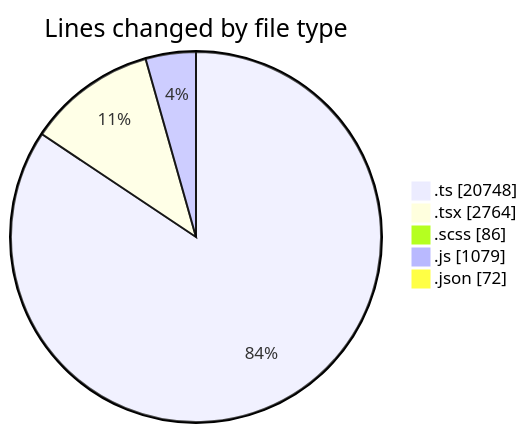
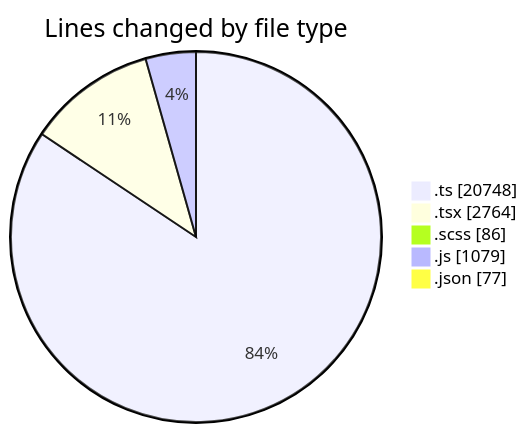
One commit to momahboobian/code-tracking changed the first of 2 diagrams in 2026-10-21/cda/README.md. Above: the diagram before and after it, drawn with Mermaid. The commit also changed other lines of this file and 1 other file, not shown here.

````diff
--- a/2026-10-21/cda/README.md
+++ b/2026-10-21/cda/README.md
@@ -36,9 +36,9 @@
 ```mermaid
 pie showData
 title Lines changed by file type
 ".ts" : 20748
 ".tsx" : 2764
 ".scss" : 86
 ".js" : 1079
-".json" : 72
+".json" : 77
 ```
````
